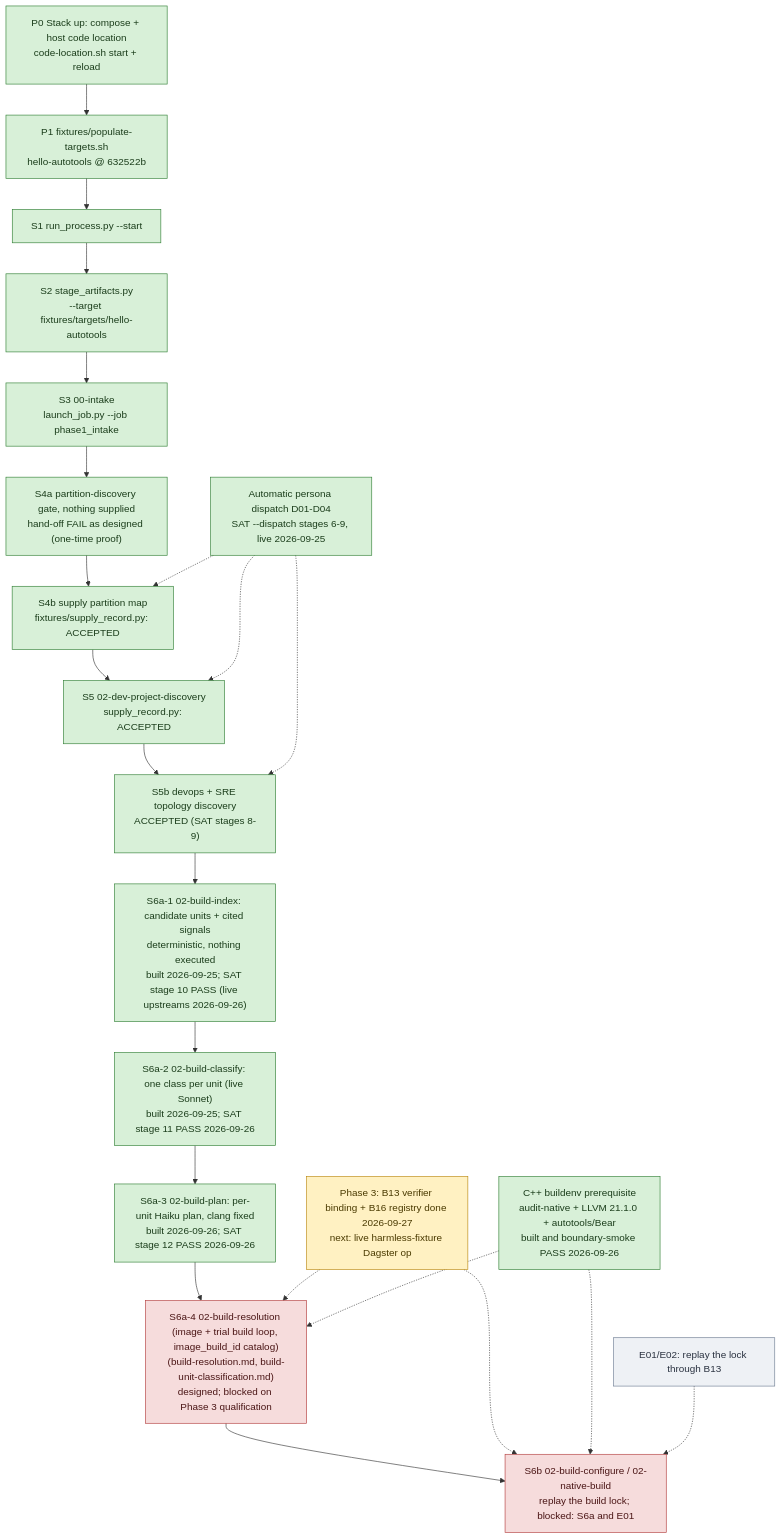
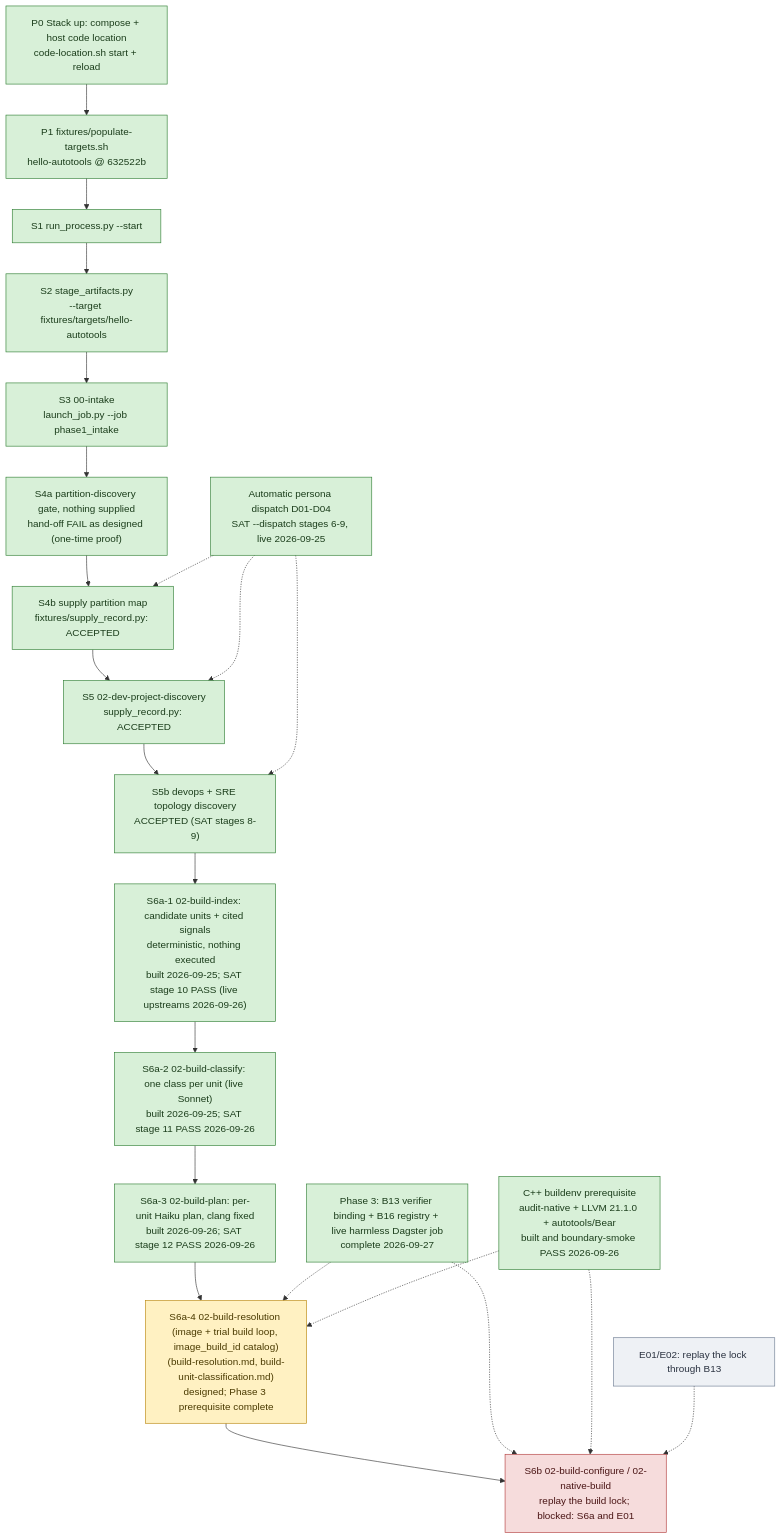
The diagram in docs/processes/flow-bringup.md (wsollers/appsec-review), drawn with Mermaid before and after one commit. The commit also changed other lines of this file and 38 other files, not shown here.

Commit message:
Qualify harmless B13 Dagster job

````diff
--- a/docs/processes/flow-bringup.md
+++ b/docs/processes/flow-bringup.md
@@ -20,36 +20,36 @@
 ```mermaid
 flowchart TD
   P0["P0 Stack up: compose + host code location<br/>code-location.sh start + reload"]:::done
   P1["P1 fixtures/populate-targets.sh<br/>hello-autotools @ 632522b"]:::done
   S1["S1 run_process.py --start"]:::done
   S2["S2 stage_artifacts.py<br/>--target fixtures/targets/hello-autotools"]:::done
   S3["S3 00-intake<br/>launch_job.py --job phase1_intake"]:::done
   S4a["S4a partition-discovery gate, nothing supplied<br/>hand-off FAIL as designed (one-time proof)"]:::done
   S4b["S4b supply partition map<br/>fixtures/supply_record.py: ACCEPTED"]:::done
   S5["S5 02-dev-project-discovery<br/>supply_record.py: ACCEPTED"]:::done
   S5b["S5b devops + SRE topology discovery<br/>ACCEPTED (SAT stages 8-9)"]:::done
   AD["Automatic persona dispatch D01-D04<br/>SAT --dispatch stages 6-9, live 2026-09-25"]:::done
   S6i["S6a-1 02-build-index: candidate units + cited signals<br/>deterministic, nothing executed<br/>built 2026-09-25; SAT stage 10 PASS (live upstreams 2026-09-26)"]:::done
   S6c["S6a-2 02-build-classify: one class per unit (live Sonnet)<br/>built 2026-09-25; SAT stage 11 PASS 2026-09-26"]:::done
   S6p["S6a-3 02-build-plan: per-unit Haiku plan, clang fixed<br/>built 2026-09-26; SAT stage 12 PASS 2026-09-26"]:::done
-  S6a["S6a-4 02-build-resolution (image + trial build loop, image_build_id catalog)<br/>(build-resolution.md, build-unit-classification.md)<br/>designed; blocked on Phase 3 qualification"]:::blocked
+  S6a["S6a-4 02-build-resolution (image + trial build loop, image_build_id catalog)<br/>(build-resolution.md, build-unit-classification.md)<br/>designed; Phase 3 prerequisite complete"]:::next
   CPP["C++ buildenv prerequisite<br/>audit-native + LLVM 21.1.0 + autotools/Bear<br/>built and boundary-smoke PASS 2026-09-26"]:::done
   S6["S6b 02-build-configure / 02-native-build<br/>replay the build lock; blocked: S6a and E01"]:::blocked
-  B13["Phase 3: B13 verifier binding + B16 registry done 2026-09-27<br/>next: live harmless-fixture Dagster op"]:::next
+  B13["Phase 3: B13 verifier binding + B16 registry + live harmless Dagster job<br/>complete 2026-09-27"]:::done
   E01["E01/E02: replay the lock through B13"]:::todo
 
   P0 --> P1 --> S1 --> S2 --> S3 --> S4a --> S4b --> S5 --> S5b --> S6i --> S6c --> S6p --> S6a --> S6
   AD -.-> S4b
   AD -.-> S5
   AD -.-> S5b
   B13 -.-> S6a
   B13 -.-> S6
   CPP -.-> S6a
   CPP -.-> S6
   E01 -.-> S6
 
   classDef done fill:#d8f0d8,stroke:#2e7d32,color:#1b3d1b
   classDef next fill:#fff1c2,stroke:#b8860b,color:#4a3a00
   classDef todo fill:#eef1f5,stroke:#6b7a90,color:#2a3240
   classDef blocked fill:#f6dcdc,stroke:#b23b3b,color:#4a1515
 ```
````
